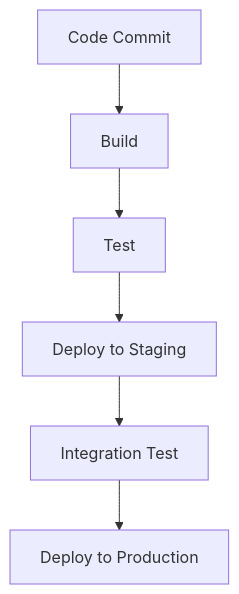
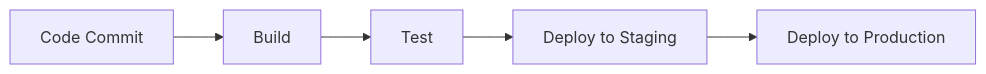
One commit to VrushankPatel/interview-matters changed the diagram in devops-infrastructure-as-code/README.md. Above: the diagram before and after it, drawn with Mermaid. The commit also changed other lines of this file and 4 other files, not shown here.

````diff
--- a/devops-infrastructure-as-code/README.md
+++ b/devops-infrastructure-as-code/README.md
@@ -107,8 +37,7 @@
 ```mermaid
-graph TD;
-    A[Code Commit] --> B[Build];
-    B --> C[Test];
-    C --> D[Deploy to Staging];
-    D --> E[Integration Test];
-    E --> F[Deploy to Production];
+graph LR
+    A[Code Commit] --> B[Build]
+    B --> C[Test]
+    C --> D[Deploy to Staging]
+    D --> E[Deploy to Production]
 ```
````
